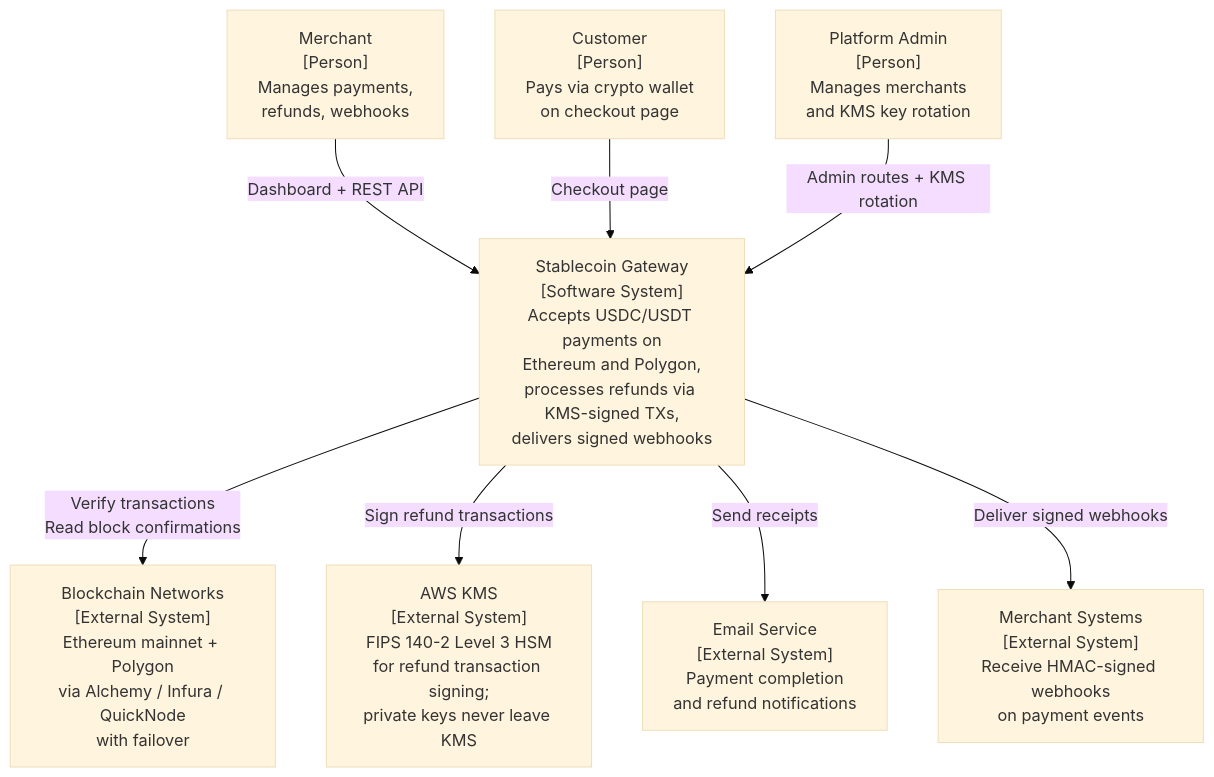
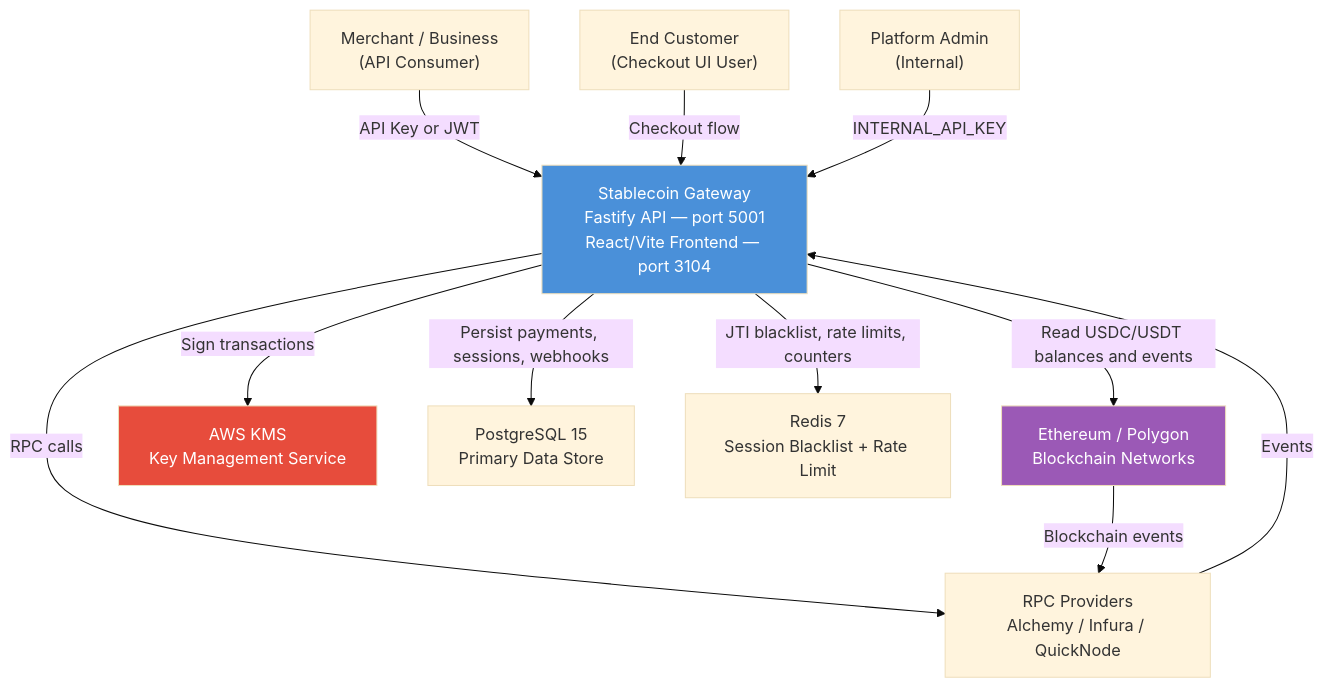
Before and after one commit to Tamoura/Claude-Code-creates-the-SW-company: the fourth of 27 diagrams in products/stablecoin-gateway/docs/AUDIT-REPORT.md, drawn with Mermaid (base theme). The commit also changed other lines of this file and 19 other files, not shown here.

First line of the commit message:
fix(stablecoin-gateway): audit score improvements — 6 dimensions to reach 8/10 threshold (#330)

````diff
--- a/products/stablecoin-gateway/docs/AUDIT-REPORT.md
+++ b/products/stablecoin-gateway/docs/AUDIT-REPORT.md
@@ -303,21 +220,29 @@
 ```mermaid
 graph TD
-    MERCHANT["Merchant\n[Person]\nManages payments,\nrefunds, webhooks"]
-    CUSTOMER["Customer\n[Person]\nPays via crypto wallet\non checkout page"]
-    ADMIN["Platform Admin\n[Person]\nManages merchants\nand KMS key rotation"]
+    CEO["Merchant / Business\n(API Consumer)"]
+    END["End Customer\n(Checkout UI User)"]
+    ADMIN["Platform Admin\n(Internal)"]
 
-    GATEWAY["Stablecoin Gateway\n[Software System]\nAccepts USDC/USDT payments on\nEthereum and Polygon,\nprocesses refunds via KMS-signed TXs,\ndelivers signed webhooks"]
+    SGW["Stablecoin Gateway\nFastify API — port 5001\nReact/Vite Frontend — port 3104"]
 
-    BLOCKCHAIN["Blockchain Networks\n[External System]\nEthereum mainnet + Polygon\nvia Alchemy / Infura / QuickNode\nwith failover"]
-    AWS["AWS KMS\n[External System]\nFIPS 140-2 Level 3 HSM\nfor refund transaction signing;\nprivate keys never leave KMS"]
-    EMAIL["Email Service\n[External System]\nPayment completion\nand refund notifications"]
-    MERCHANTS_SYS["Merchant Systems\n[External System]\nReceive HMAC-signed webhooks\non payment events"]
+    CHAIN["Ethereum / Polygon\nBlockchain Networks"]
+    KMS["AWS KMS\nKey Management Service"]
+    DB["PostgreSQL 15\nPrimary Data Store"]
+    REDIS["Redis 7\nSession Blacklist + Rate Limit"]
+    RPC["RPC Providers\nAlchemy / Infura / QuickNode"]
 
-    MERCHANT -->|Dashboard + REST API| GATEWAY
-    CUSTOMER -->|Checkout page| GATEWAY
-    ADMIN -->|Admin routes + KMS rotation| GATEWAY
-    GATEWAY -->|Verify transactions\nRead block confirmations| BLOCKCHAIN
-    GATEWAY -->|Sign refund transactions| AWS
-    GATEWAY -->|Send receipts| EMAIL
-    GATEWAY -->|Deliver signed webhooks| MERCHANTS_SYS
+    CEO -->|API Key or JWT| SGW
+    END -->|Checkout flow| SGW
+    ADMIN -->|INTERNAL_API_KEY| SGW
+    SGW -->|Read USDC/USDT balances and events| CHAIN
+    SGW -->|Sign transactions| KMS
+    SGW -->|Persist payments, sessions, webhooks| DB
+    SGW -->|JTI blacklist, rate limits, counters| REDIS
+    SGW -->|RPC calls| RPC
+    CHAIN -->|Blockchain events| RPC
+    RPC -->|Events| SGW
+
+    style SGW fill:#4a90d9,color:#fff
+    style CHAIN fill:#9b59b6,color:#fff
+    style KMS fill:#e74c3c,color:#fff
 ```
````
